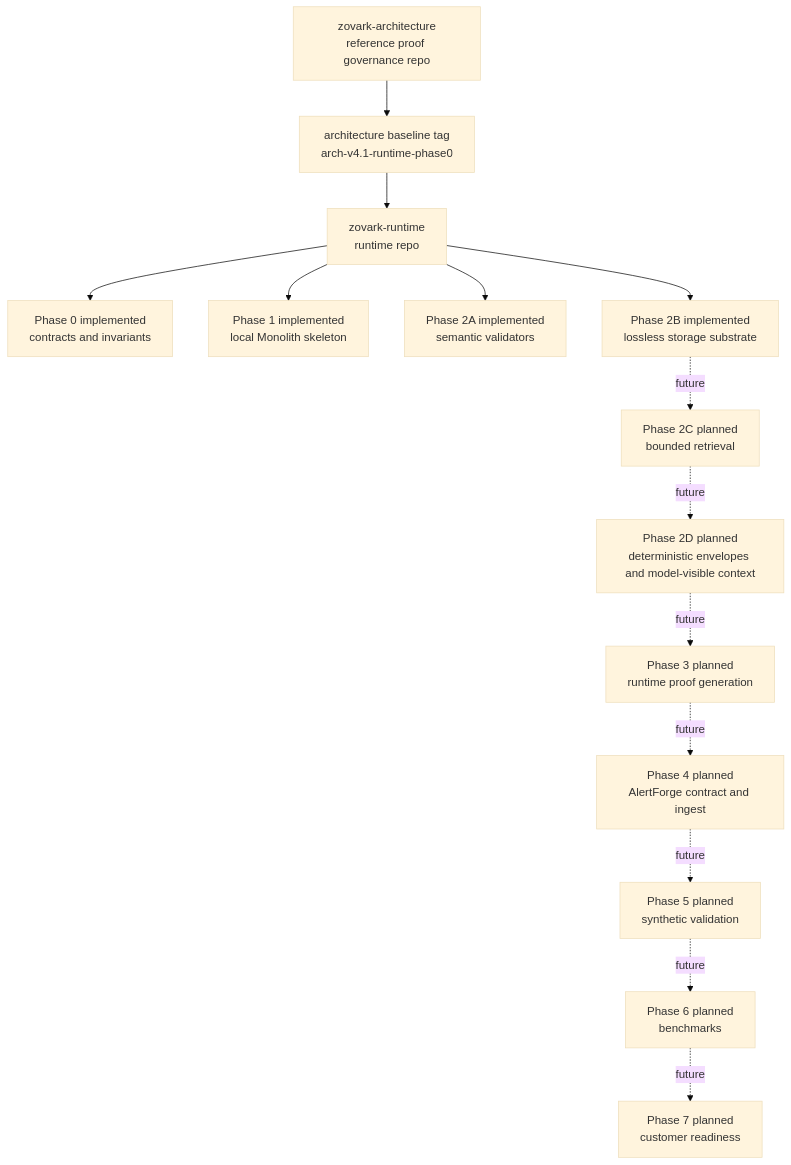
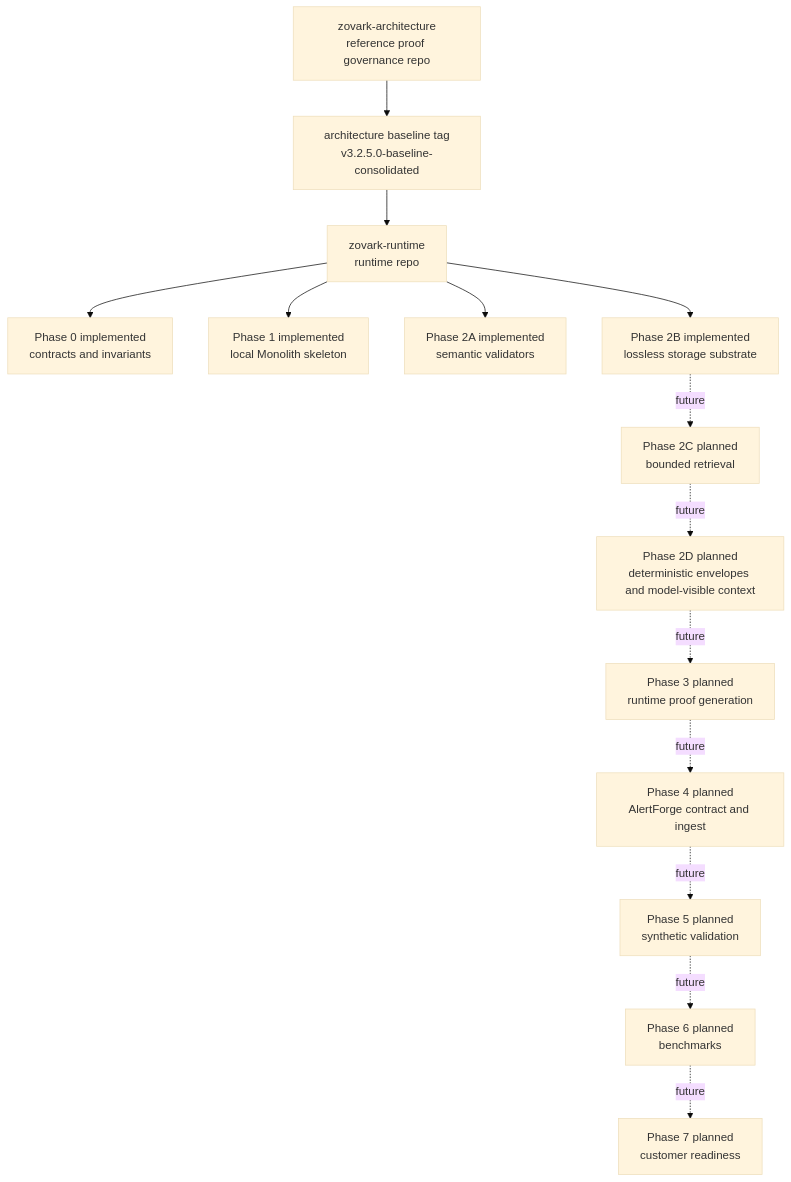
The first of 2 diagrams in docs/implementation-map.md (7inaydas-cmyk/zovark-runtime), drawn with Mermaid (base theme) before and after one commit. The commit also changed other lines of this file and 7 other files, not shown here.

First line of the commit message:
sync: pin architecture baseline v3.2.5.0

````diff
--- a/docs/implementation-map.md
+++ b/docs/implementation-map.md
@@ -49,18 +49,18 @@
 ```mermaid
 flowchart TD
-    A[zovark-architecture<br/>reference proof governance repo] --> B[architecture baseline tag<br/>arch-v4.1-runtime-phase0]
+    A[zovark-architecture<br/>reference proof governance repo] --> B[architecture baseline tag<br/>v3.2.5.0-baseline-consolidated]
     B --> C[zovark-runtime<br/>runtime repo]
 
     C --> P0[Phase 0 implemented<br/>contracts and invariants]
     C --> P1[Phase 1 implemented<br/>local Monolith skeleton]
     C --> P2A[Phase 2A implemented<br/>semantic validators]
 
     C --> P2B[Phase 2B implemented<br/>lossless storage substrate]
     P2B -. future .-> P2C[Phase 2C planned<br/>bounded retrieval]
     P2C -. future .-> P2D[Phase 2D planned<br/>deterministic envelopes and model-visible context]
     P2D -. future .-> P3[Phase 3 planned<br/>runtime proof generation]
     P3 -. future .-> P4[Phase 4 planned<br/>AlertForge contract and ingest]
     P4 -. future .-> P5[Phase 5 planned<br/>synthetic validation]
     P5 -. future .-> P6[Phase 6 planned<br/>benchmarks]
     P6 -. future .-> P7[Phase 7 planned<br/>customer readiness]
 ```
````
